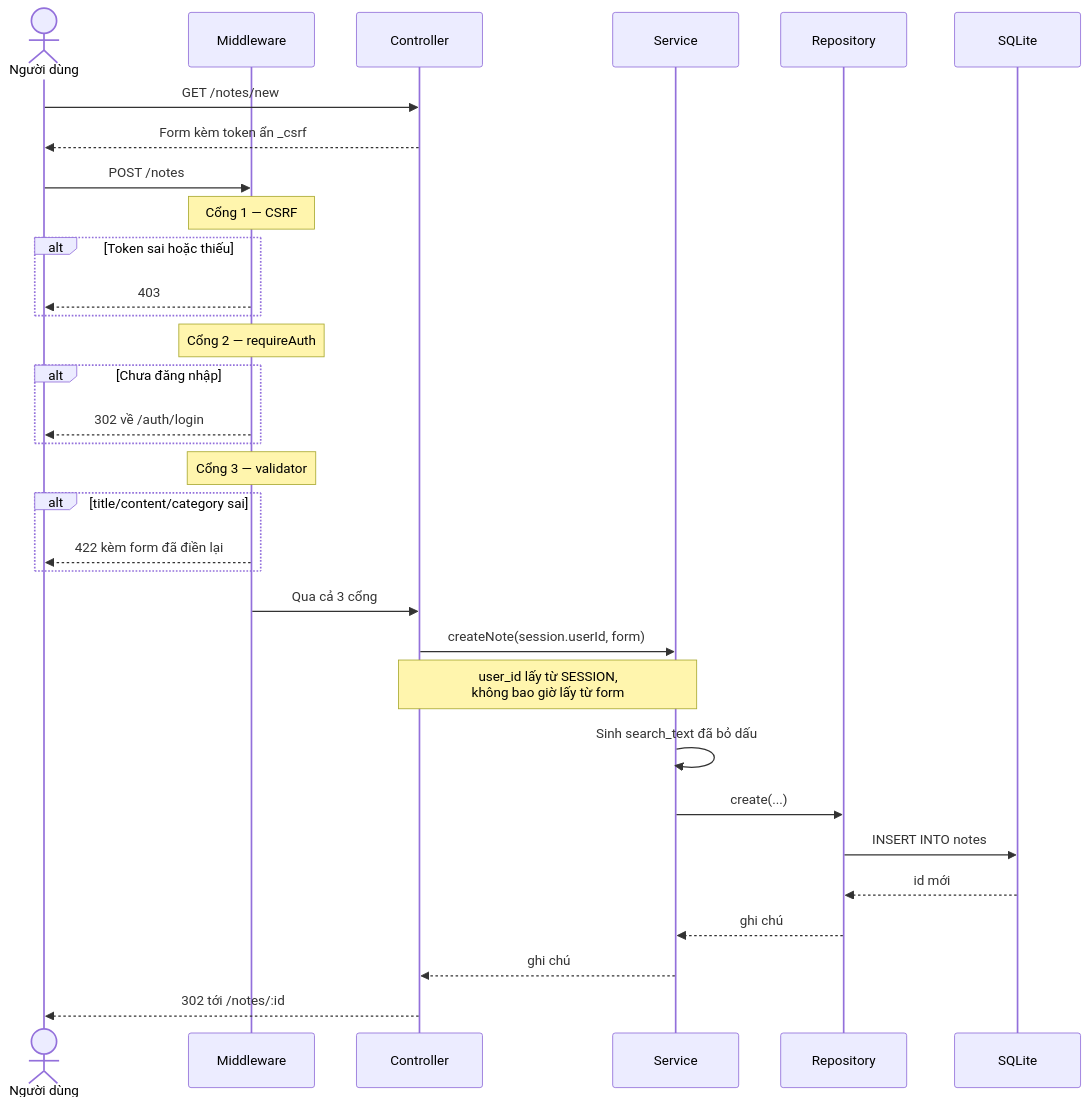
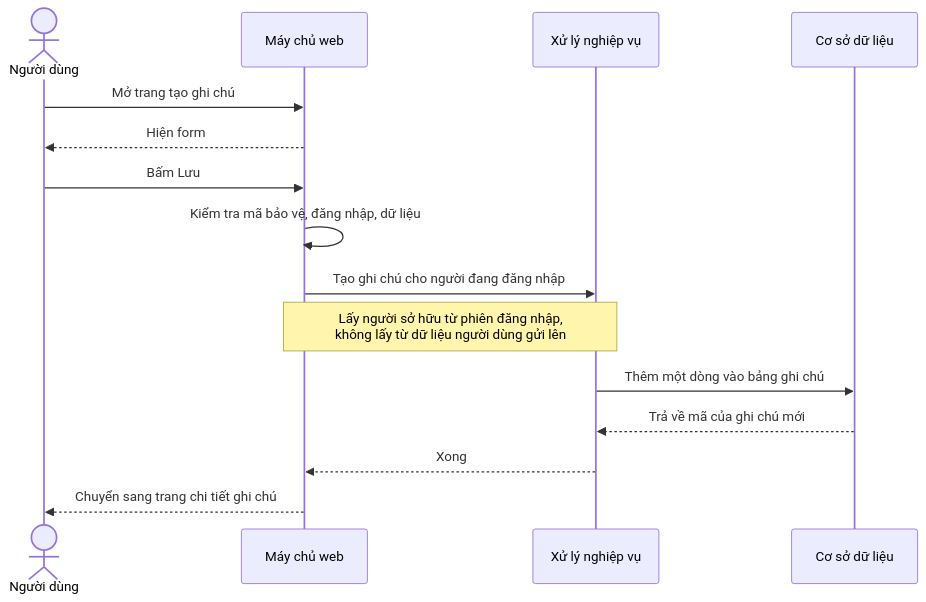
Before and after one commit to Dubu0312/cong-nghe-web: the third of 4 diagrams in docs/kien-truc.md, drawn with Mermaid. The commit also changed other lines of this file and 7 other files, not shown here.

````diff
--- a/docs/kien-truc.md
+++ b/docs/kien-truc.md
@@ -86,40 +78,19 @@
 ```mermaid
 sequenceDiagram
     actor U as Người dùng
-    participant M as Middleware
-    participant C as Controller
-    participant S as Service
-    participant R as Repository
-    participant DB as SQLite
+    participant W as Máy chủ web
+    participant X as Xử lý nghiệp vụ
+    participant D as Cơ sở dữ liệu
 
-    U->>C: GET /notes/new
-    C-->>U: Form kèm token ẩn _csrf
+    U->>W: Mở trang tạo ghi chú
+    W-->>U: Hiện form
 
-    U->>M: POST /notes
-
-    Note over M: Cổng 1 — CSRF
-    alt Token sai hoặc thiếu
-        M-->>U: 403
-    end
-
-    Note over M: Cổng 2 — requireAuth
-    alt Chưa đăng nhập
-        M-->>U: 302 về /auth/login
-    end
-
-    Note over M: Cổng 3 — validator
-    alt title/content/category sai
-        M-->>U: 422 kèm form đã điền lại
-    end
-
-    M->>C: Qua cả 3 cổng
-    C->>S: createNote(session.userId, form)
-    Note over C,S: user_id lấy từ SESSION,<br/>không bao giờ lấy từ form
-    S->>S: Sinh search_text đã bỏ dấu
-    S->>R: create(...)
-    R->>DB: INSERT INTO notes
-    DB-->>R: id mới
-    R-->>S: ghi chú
-    S-->>C: ghi chú
-    C-->>U: 302 tới /notes/:id
+    U->>W: Bấm Lưu
+    W->>W: Kiểm tra mã bảo vệ, đăng nhập, dữ liệu
+    W->>X: Tạo ghi chú cho người đang đăng nhập
+    Note over W,X: Lấy người sở hữu từ phiên đăng nhập,<br/>không lấy từ dữ liệu người dùng gửi lên
+    X->>D: Thêm một dòng vào bảng ghi chú
+    D-->>X: Trả về mã của ghi chú mới
+    X-->>W: Xong
+    W-->>U: Chuyển sang trang chi tiết ghi chú
 ```
````
